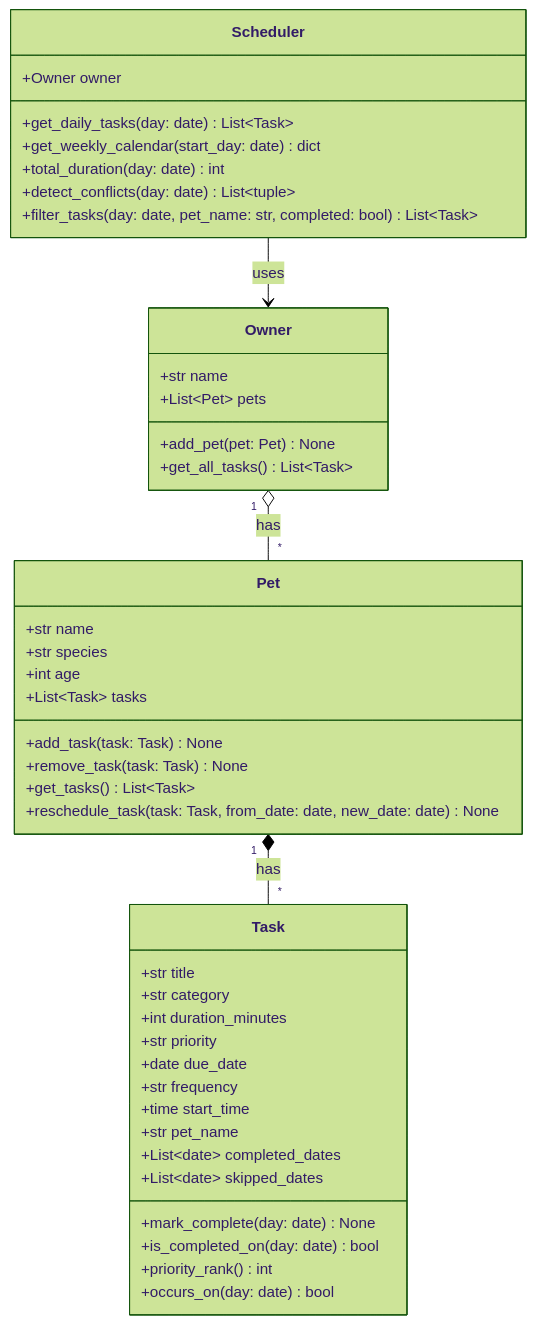
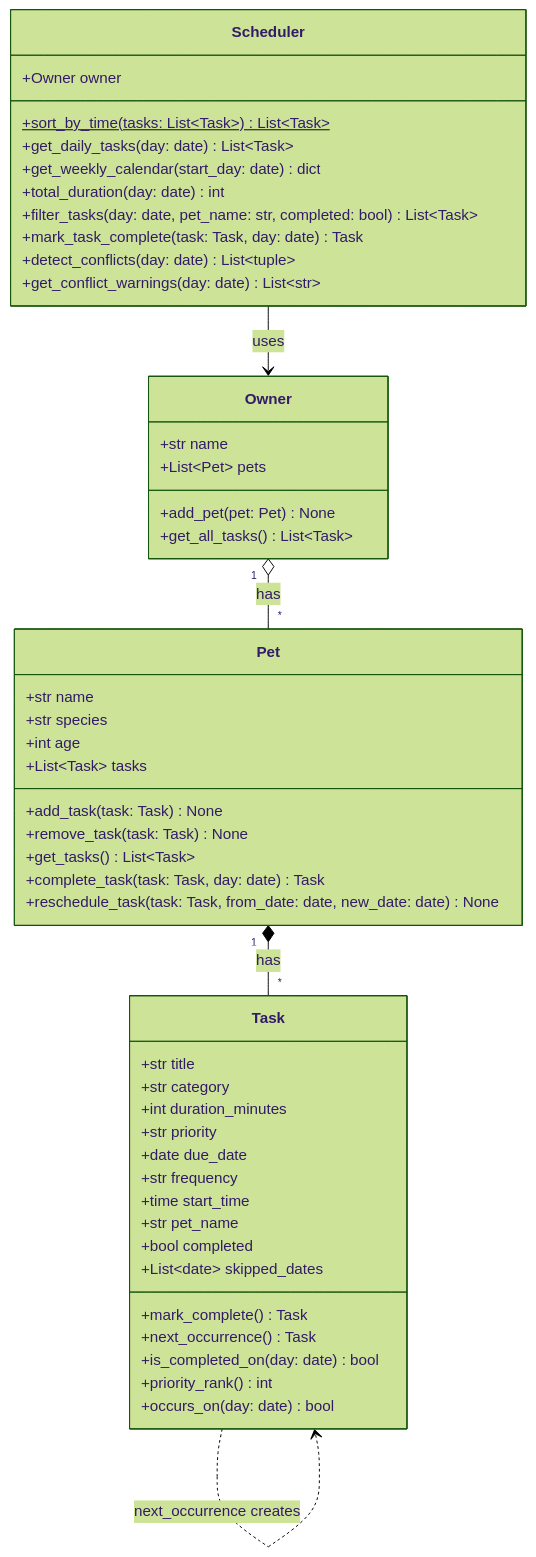
Before and after one commit to ralimela/ai110-module2show-pawpal-starter: the diagram in diagrams/uml.mmd, drawn with Mermaid (forest theme). The commit also changed 6 other files, not shown here.

```diff
--- a/diagrams/uml.mmd
+++ b/diagrams/uml.mmd
@@ -1,51 +1,57 @@
 classDiagram
     %% PawPal+ class diagram
     %% Keep this file updated so it matches your final implementation.
 
     class Owner {
         +str name
         +List~Pet~ pets
         +add_pet(pet: Pet) None
         +get_all_tasks() List~Task~
     }
 
     class Pet {
         +str name
         +str species
         +int age
         +List~Task~ tasks
         +add_task(task: Task) None
         +remove_task(task: Task) None
         +get_tasks() List~Task~
+        +complete_task(task: Task, day: date) Task
         +reschedule_task(task: Task, from_date: date, new_date: date) None
     }
 
     class Task {
         +str title
         +str category
         +int duration_minutes
         +str priority
         +date due_date
         +str frequency
         +time start_time
         +str pet_name
-        +List~date~ completed_dates
+        +bool completed
         +List~date~ skipped_dates
-        +mark_complete(day: date) None
+        +mark_complete() Task
+        +next_occurrence() Task
         +is_completed_on(day: date) bool
         +priority_rank() int
         +occurs_on(day: date) bool
     }
 
     class Scheduler {
         +Owner owner
+        +sort_by_time(tasks: List~Task~)$ List~Task~
         +get_daily_tasks(day: date) List~Task~
         +get_weekly_calendar(start_day: date) dict
         +total_duration(day: date) int
+        +filter_tasks(day: date, pet_name: str, completed: bool) List~Task~
+        +mark_task_complete(task: Task, day: date) Task
         +detect_conflicts(day: date) List~tuple~
-        +filter_tasks(day: date, pet_name: str, completed: bool) List~Task~
+        +get_conflict_warnings(day: date) List~str~
     }
 
     Owner "1" o-- "*" Pet : has
     Pet "1" *-- "*" Task : has
     Scheduler --> Owner : uses
+    Task ..> Task : next_occurrence creates
```
